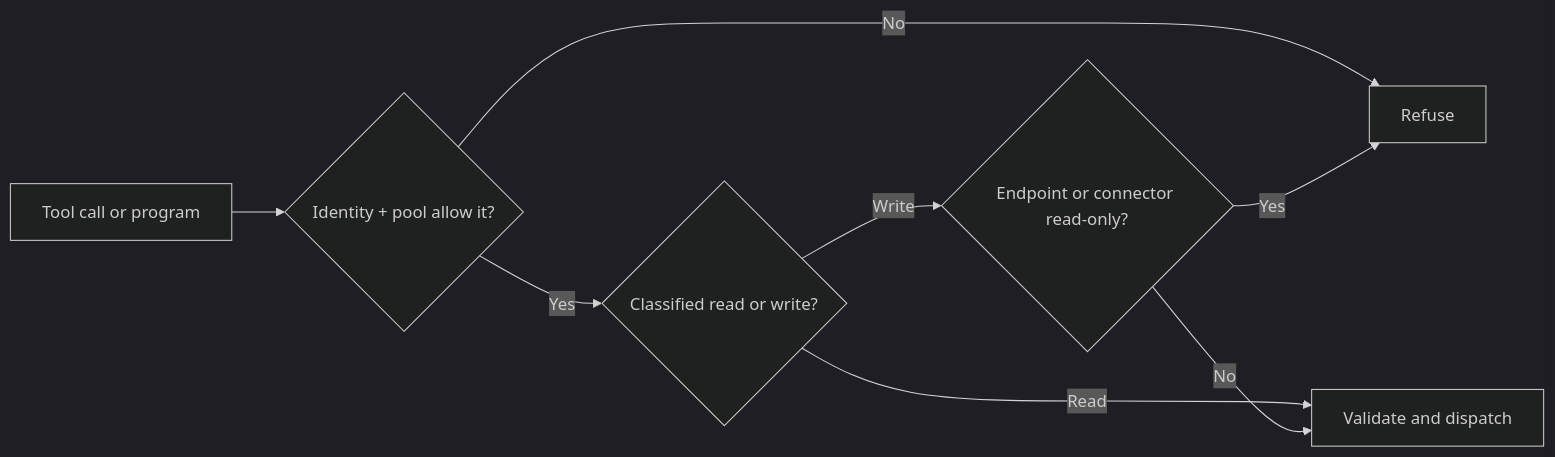
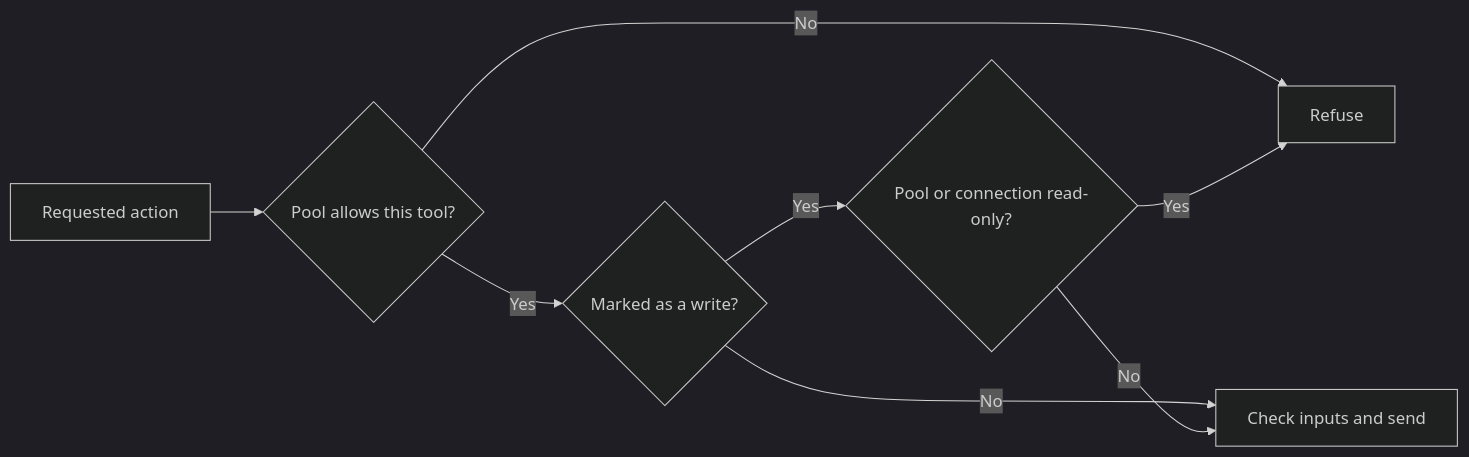
The second of 3 diagrams in guides/safety-and-trust.md (zackbart/connecta), drawn with Mermaid (dark theme) before and after one commit. The commit also changed other lines of this file and 9 other files, not shown here.

````diff
--- a/guides/safety-and-trust.md
+++ b/guides/safety-and-trust.md
@@ -64,10 +57,10 @@
 ```mermaid
 flowchart LR
-    Request["Tool call or program"] --> Scope{"Identity + pool allow it?"}
-    Scope -->|No| Denied["Refuse"]
-    Scope -->|Yes| Kind{"Classified read or write?"}
-    Kind -->|Read| Run["Validate and dispatch"]
-    Kind -->|Write| Policy{"Endpoint or connector read-only?"}
-    Policy -->|Yes| Denied
-    Policy -->|No| Run
+    Call["Requested action"] --> Allowed{"Pool allows this tool?"}
+    Allowed -->|No| Refuse["Refuse"]
+    Allowed -->|Yes| Write{"Marked as a write?"}
+    Write -->|No| Run["Check inputs and send"]
+    Write -->|Yes| ReadOnly{"Pool or connection read-only?"}
+    ReadOnly -->|Yes| Refuse
+    ReadOnly -->|No| Run
 ```
````
